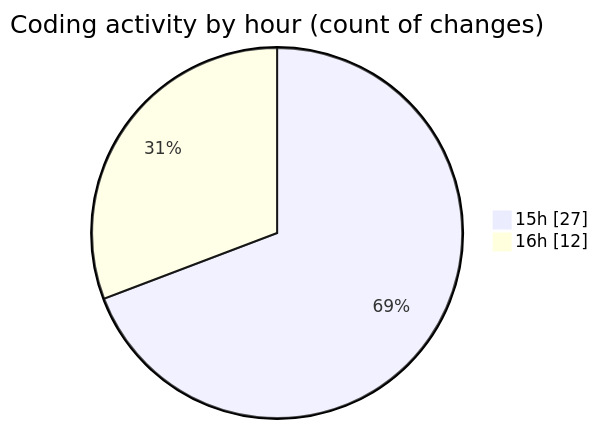
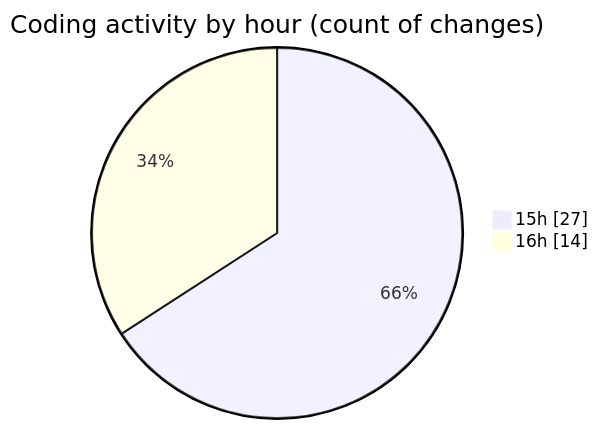
Before and after one commit to idhammustaqopulfikri/code-tracking: the second of 2 diagrams in 2025-06-06/sewa-mobil/README.md, drawn with Mermaid. The commit also changed other lines of this file and 1 other file, not shown here.

````diff
--- a/2025-06-06/sewa-mobil/README.md
+++ b/2025-06-06/sewa-mobil/README.md
@@ -41,6 +42,6 @@
 ```mermaid
 pie showData
 title Coding activity by hour (count of changes)
 "15h" : 27
-"16h" : 12
+"16h" : 14
 ```
````
